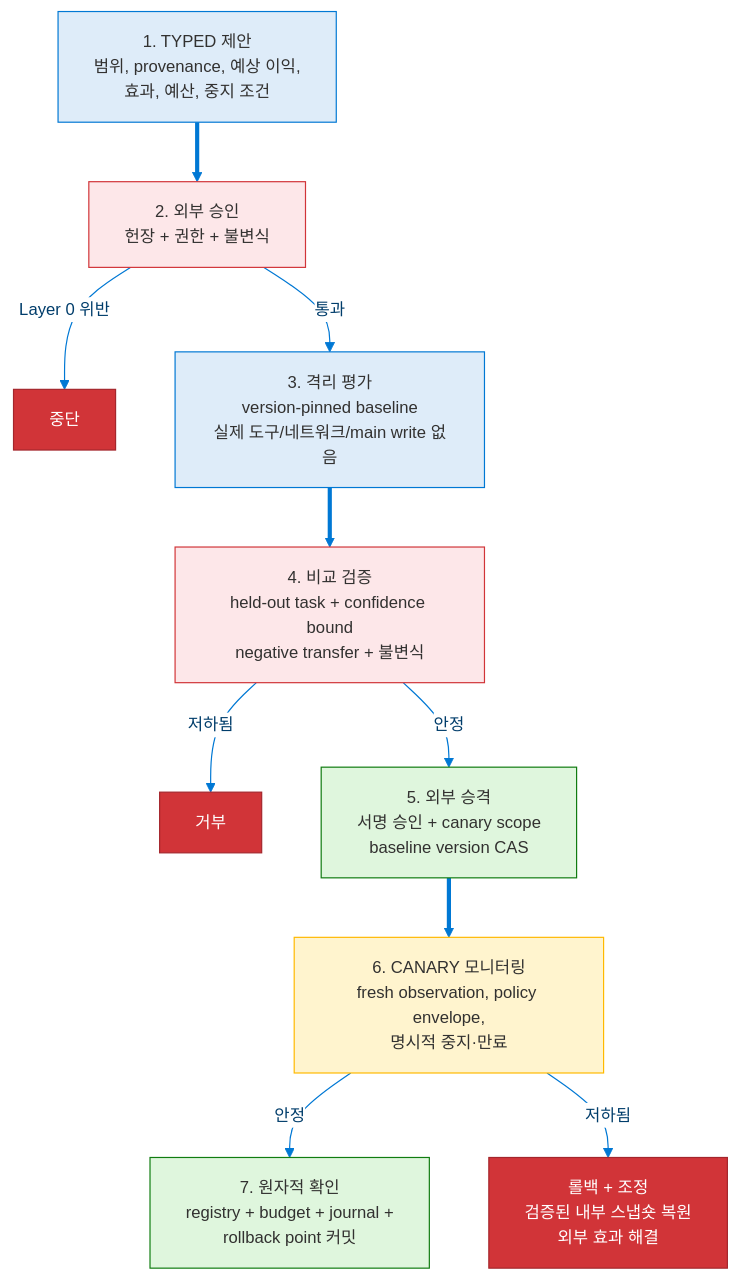
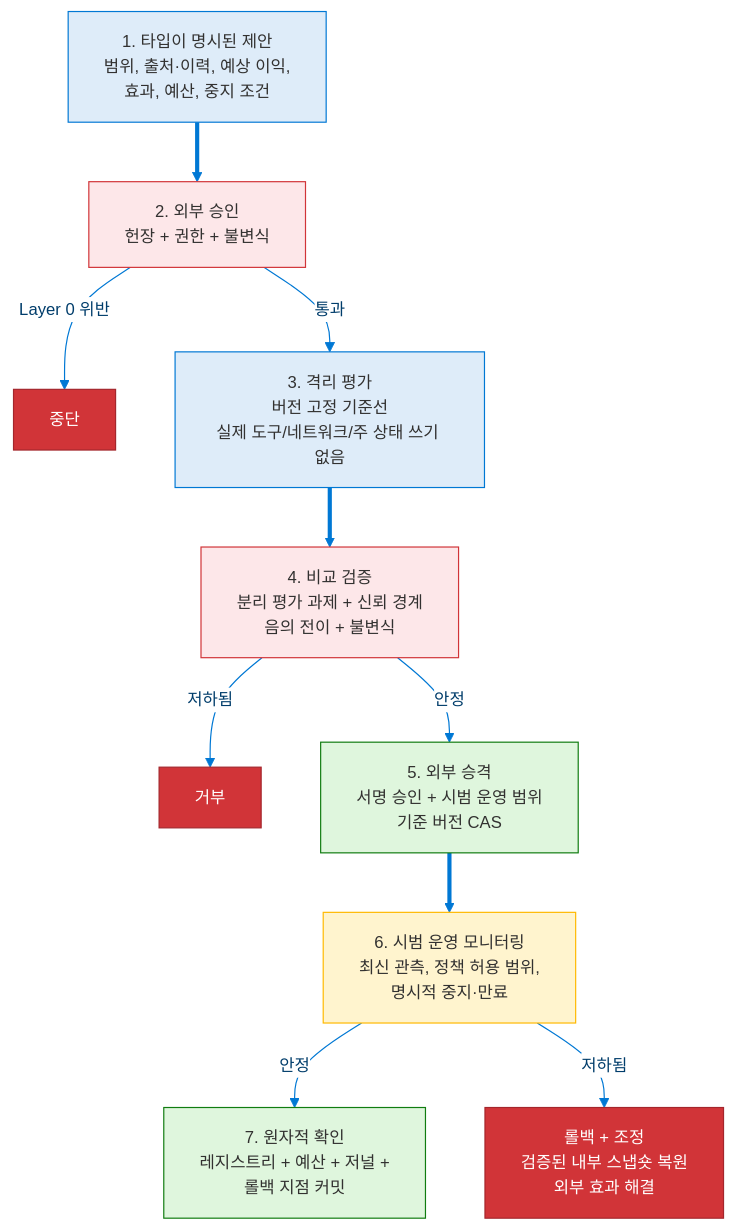
One commit to dotnetpower/mscp changed the tenth of 14 diagrams in docs/levels/Level_4_Adaptive_General_Agent.ko.md. Above: the diagram before and after it, drawn with Mermaid. The commit also changed other lines of this file and 33 other files, not shown here.

````diff
--- a/docs/levels/Level_4_Adaptive_General_Agent.ko.md
+++ b/docs/levels/Level_4_Adaptive_General_Agent.ko.md
@@ -609,30 +615,30 @@
 ```mermaid
 %%{init: {'theme': 'base', 'themeVariables': {'primaryColor': '#0078D4', 'primaryTextColor': '#003D6B', 'primaryBorderColor': '#003D6B', 'secondaryColor': '#50E6FF', 'secondaryTextColor': '#323130', 'secondaryBorderColor': '#00BCF2', 'tertiaryColor': '#F2F2F2', 'tertiaryTextColor': '#323130', 'lineColor': '#0078D4', 'textColor': '#323130', 'mainBkg': '#DEECF9', 'nodeBorder': '#0078D4', 'clusterBkg': '#F2F2F2', 'clusterBorder': '#003D6B', 'titleColor': '#003D6B', 'edgeLabelBackground': '#FFFFFF', 'fontSize': '14px'}}}%%
 flowchart TD
   classDef proposal fill:#DEECF9,stroke:#0078D4,color:#323130
   classDef validation fill:#FDE7E9,stroke:#D13438,color:#323130
   classDef commit fill:#DFF6DD,stroke:#107C10,color:#323130
   classDef monitor fill:#FFF4CE,stroke:#FFB900,color:#323130
   classDef fail fill:#D13438,stroke:#A4262C,color:#FFF
 
-  S1["1. TYPED 제안<br/>범위, provenance, 예상 이익,<br/>효과, 예산, 중지 조건"]:::proposal
+  S1["1. 타입이 명시된 제안<br/>범위, 출처·이력, 예상 이익,<br/>효과, 예산, 중지 조건"]:::proposal
   S2["2. 외부 승인<br/>헌장 + 권한 + 불변식"]:::validation
   S2_FAIL["중단"]:::fail
-  S3["3. 격리 평가<br/>version-pinned baseline<br/>실제 도구/네트워크/main write 없음"]:::proposal
-  S4["4. 비교 검증<br/>held-out task + confidence bound<br/>negative transfer + 불변식"]:::validation
+  S3["3. 격리 평가<br/>버전 고정 기준선<br/>실제 도구/네트워크/주 상태 쓰기 없음"]:::proposal
+  S4["4. 비교 검증<br/>분리 평가 과제 + 신뢰 경계<br/>음의 전이 + 불변식"]:::validation
   S4_FAIL["거부"]:::fail
-  S5["5. 외부 승격<br/>서명 승인 + canary scope<br/>baseline version CAS"]:::commit
-  S6["6. CANARY 모니터링<br/>fresh observation, policy envelope,<br/>명시적 중지·만료"]:::monitor
+  S5["5. 외부 승격<br/>서명 승인 + 시범 운영 범위<br/>기준 버전 CAS"]:::commit
+  S6["6. 시범 운영 모니터링<br/>최신 관측, 정책 허용 범위,<br/>명시적 중지·만료"]:::monitor
   S6_FAIL["롤백 + 조정<br/>검증된 내부 스냅숏 복원<br/>외부 효과 해결"]:::fail
-  S7["7. 원자적 확인<br/>registry + budget + journal +<br/>rollback point 커밋"]:::commit
+  S7["7. 원자적 확인<br/>레지스트리 + 예산 + 저널 +<br/>롤백 지점 커밋"]:::commit
 
   S1 ==> S2
   S2 -->|통과| S3
   S2 -->|Layer 0 위반| S2_FAIL
   S3 ==> S4
   S4 -->|안정| S5
   S4 -->|저하됨| S4_FAIL
   S5 ==> S6
   S6 -->|안정| S7
   S6 -->|저하됨| S6_FAIL
 ```
````
